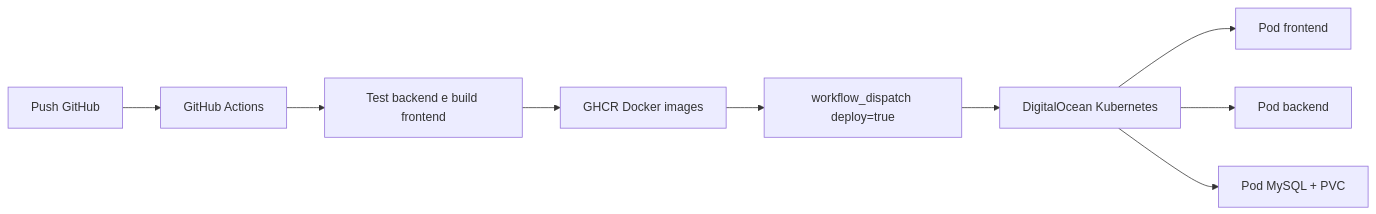
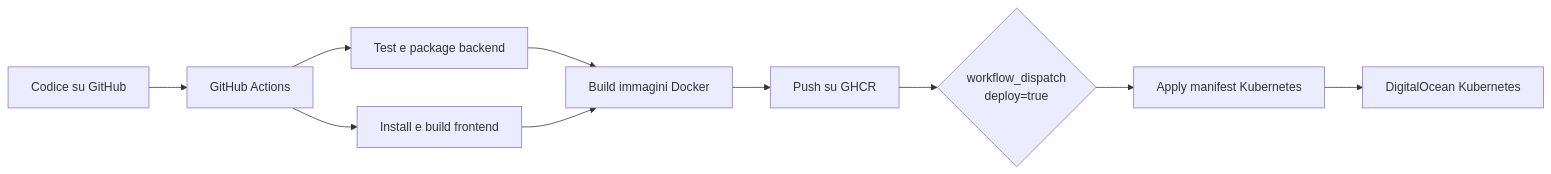
One commit to AlessioBoninti/smartmall changed the second of 2 diagrams in README.md. Above: the diagram before and after it, drawn with Mermaid. The commit also changed other lines of this file and 1 other file, not shown here.

````diff
--- a/README.md
+++ b/README.md
@@ -436,11 +53,12 @@
 ```mermaid
 flowchart LR
-    push[Push GitHub] --> actions[GitHub Actions]
-    actions --> tests[Test backend e build frontend]
-    tests --> ghcr[GHCR Docker images]
-    ghcr --> manual[workflow_dispatch deploy=true]
-    manual --> doks[DigitalOcean Kubernetes]
-    doks --> fepod[Pod frontend]
-    doks --> bepod[Pod backend]
-    doks --> mysqlpod[Pod MySQL + PVC]
+    code[Codice su GitHub] --> actions[GitHub Actions]
+    actions --> backend[Test e package backend]
+    actions --> frontend[Install e build frontend]
+    backend --> docker[Build immagini Docker]
+    frontend --> docker
+    docker --> ghcr[Push su GHCR]
+    ghcr --> deploy{workflow_dispatch<br/>deploy=true}
+    deploy --> k8s[Apply manifest Kubernetes]
+    k8s --> doks[DigitalOcean Kubernetes]
 ```
````
